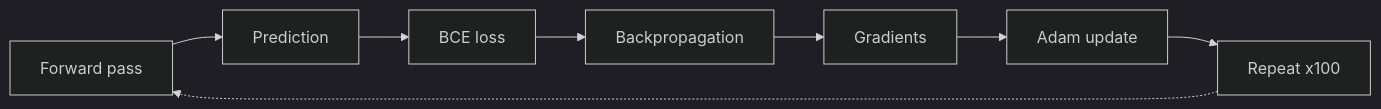
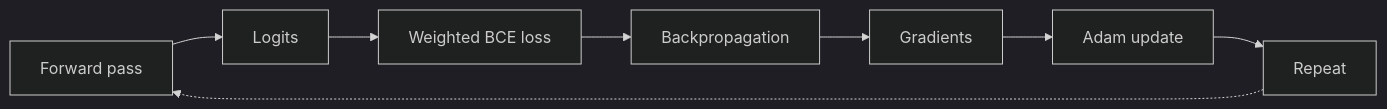
One commit to Kartikshard/ann_customer_churn changed the third of 5 diagrams in README.md. Above: the diagram before and after it, drawn with Mermaid (dark theme). The commit also changed other lines of this file and 3 other files, not shown here.

````diff
--- a/README.md
+++ b/README.md
@@ -119,5 +224,5 @@
 ```mermaid
 flowchart LR
-    A["Forward pass"] --> B["Prediction"] --> C["BCE loss"] --> D["Backpropagation"] --> E["Gradients"] --> F["Adam update"] --> G["Repeat x100"]
+    A["Forward pass"] --> B["Logits"] --> C["Weighted BCE loss"] --> D["Backpropagation"] --> E["Gradients"] --> F["Adam update"] --> G["Repeat"]
     G -.-> A
 ```
````
